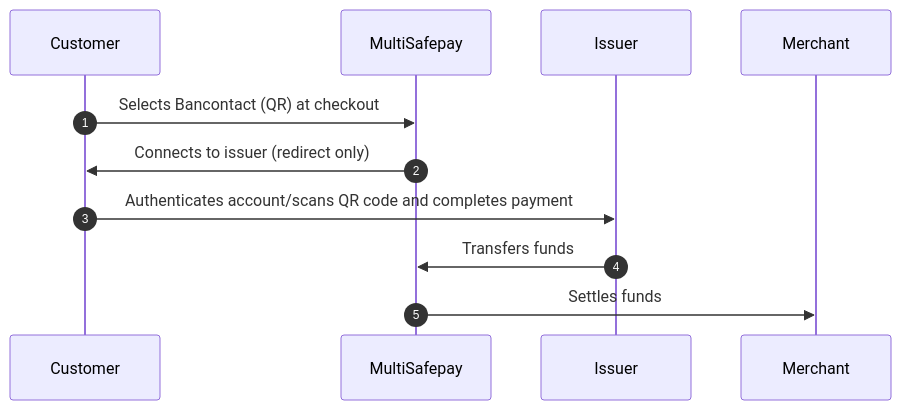
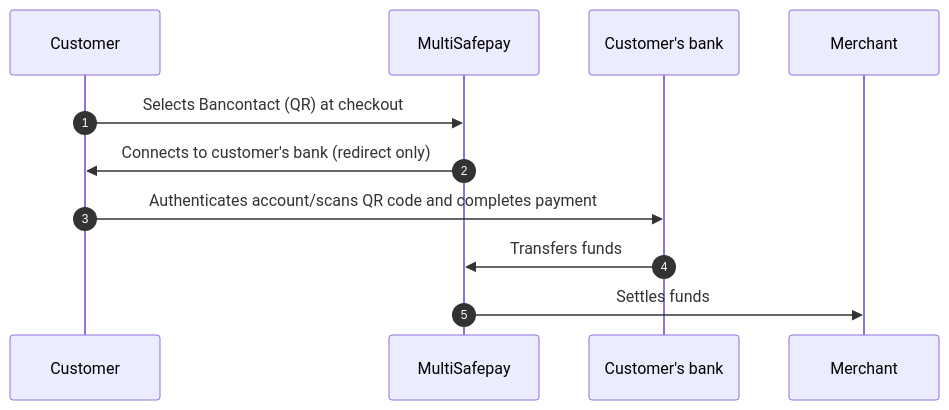
One commit to MultiSafepay/docs changed the diagram in content/payments/methods/banks/bancontact/payment-flow.md. Above: the diagram before and after it, drawn with Mermaid. The commit also changed other lines of this file and 16 other files, not shown here.

```diff
--- a/content/payments/methods/banks/bancontact/payment-flow.md
+++ b/content/payments/methods/banks/bancontact/payment-flow.md
@@ -18,16 +18,16 @@
 {{< mermaid class="text-center" >}}
 
 sequenceDiagram
     autonumber
     participant C as Customer
     participant Mu as MultiSafepay
-    participant I as Issuer
+    participant CB as Customer's bank
     participant Me as Merchant
 
     C->>Mu: Selects Bancontact (QR) at checkout
-    Mu->>C: Connects to issuer (redirect only)
-    C->>I: Authenticates account/scans QR code and completes payment
-    I->>Mu: Transfers funds 
+    Mu->>C: Connects to customer's bank (redirect only)
+    C->>CB: Authenticates account/scans QR code and completes payment
+    CB->>Mu: Transfers funds 
     Mu->>Me: Settles funds 
 
 {{< /mermaid >}}
```
